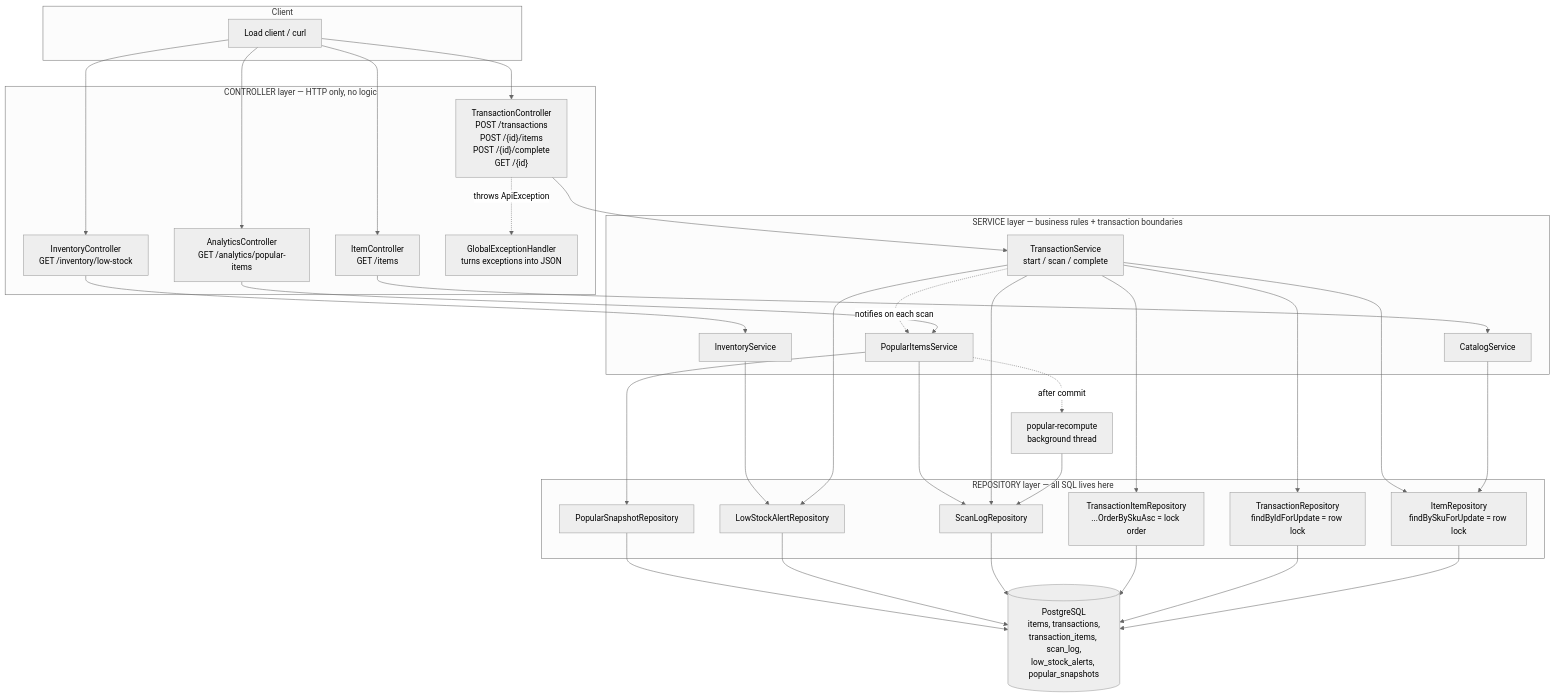
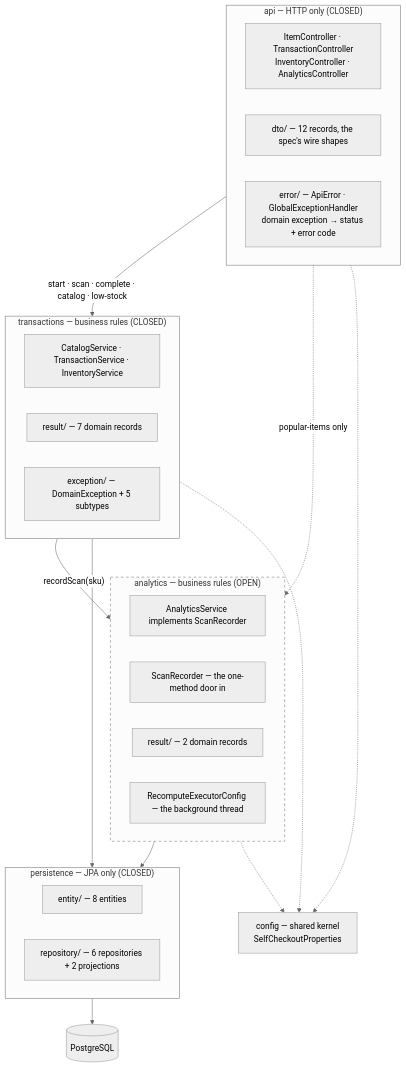
Before and after one commit to Vatsalya2003/self_checkout_system: the first of 7 diagrams in DEVELOPER_GUIDE.md, drawn with Mermaid (neutral theme). The commit also changed other lines of this file and 102 other files, not shown here.

Commit message:
Layered architecture: API, transactions, analytics and persistence layers with enforced dependency rules, load test reports

````diff
--- a/DEVELOPER_GUIDE.md
+++ b/DEVELOPER_GUIDE.md
@@ -87,48 +94,42 @@
 ```mermaid
 graph TD
-    subgraph client["Client"]
-        LC["Load client / curl"]
+    subgraph api["api — HTTP only (CLOSED)"]
+        A1["ItemController · TransactionController<br/>InventoryController · AnalyticsController"]
+        A2["dto/ — 12 records, the spec's wire shapes"]
+        A3["error/ — ApiError · GlobalExceptionHandler<br/>domain exception → status + error code"]
     end
 
-    subgraph controller["CONTROLLER layer — HTTP only, no logic"]
-        IC["ItemController<br/>GET /items"]
-        TC["TransactionController<br/>POST /transactions<br/>POST /{id}/items<br/>POST /{id}/complete<br/>GET /{id}"]
-        INC["InventoryController<br/>GET /inventory/low-stock"]
-        AC["AnalyticsController<br/>GET /analytics/popular-items"]
-        GEH["GlobalExceptionHandler<br/>turns exceptions into JSON"]
+    subgraph tx["transactions — business rules (CLOSED)"]
+        T1["CatalogService · TransactionService · InventoryService"]
+        T2["result/ — 7 domain records"]
+        T3["exception/ — DomainException + 5 subtypes"]
     end
 
-    subgraph service["SERVICE layer — business rules + transaction boundaries"]
-        CS["CatalogService"]
-        TS["TransactionService<br/>start / scan / complete"]
-        IS["InventoryService"]
-        PS["PopularItemsService"]
+    subgraph an["analytics — business rules (OPEN)"]
+        N1["AnalyticsService implements ScanRecorder"]
+        N2["ScanRecorder — the one-method door in"]
+        N3["result/ — 2 domain records"]
+        N4["RecomputeExecutorConfig — the background thread"]
     end
 
-    subgraph repo["REPOSITORY layer — all SQL lives here"]
-        IR["ItemRepository<br/>findBySkuForUpdate = row lock"]
-        TR["TransactionRepository<br/>findByIdForUpdate = row lock"]
-        TIR["TransactionItemRepository<br/>...OrderBySkuAsc = lock order"]
-        SLR["ScanLogRepository"]
-        LSR["LowStockAlertRepository"]
-        PSR["PopularSnapshotRepository"]
+    subgraph per["persistence — JPA only (CLOSED)"]
+        P1["entity/ — 8 entities"]
+        P2["repository/ — 6 repositories + 2 projections"]
     end
 
-    DB[("PostgreSQL<br/>items, transactions,<br/>transaction_items, scan_log,<br/>low_stock_alerts, popular_snapshots")]
-    BG["popular-recompute<br/>background thread"]
+    CFG["config — shared kernel<br/>SelfCheckoutProperties"]
+    DB[("PostgreSQL")]
 
-    LC --> IC & TC & INC & AC
-    IC --> CS
-    TC --> TS
-    INC --> IS
-    AC --> PS
-    TS -.->|"notifies on each scan"| PS
-    PS -.->|"after commit"| BG
-    BG --> SLR
-    CS --> IR
-    TS --> IR & TR & TIR & SLR & LSR
-    IS --> LSR
-    PS --> SLR & PSR
-    IR & TR & TIR & SLR & LSR & PSR --> DB
-    TC -.->|"throws ApiException"| GEH
+    api -->|"start · scan · complete · catalog · low-stock"| tx
+    api -.->|"popular-items only"| an
+    tx -->|"recordScan(sku)"| an
+    tx --> per
+    an --> per
+    per --> DB
+    api -.-> CFG
+    tx -.-> CFG
+    an -.-> CFG
+
+    classDef openLayer stroke-dasharray:5 5
+    class an openLayer
 ```
````
